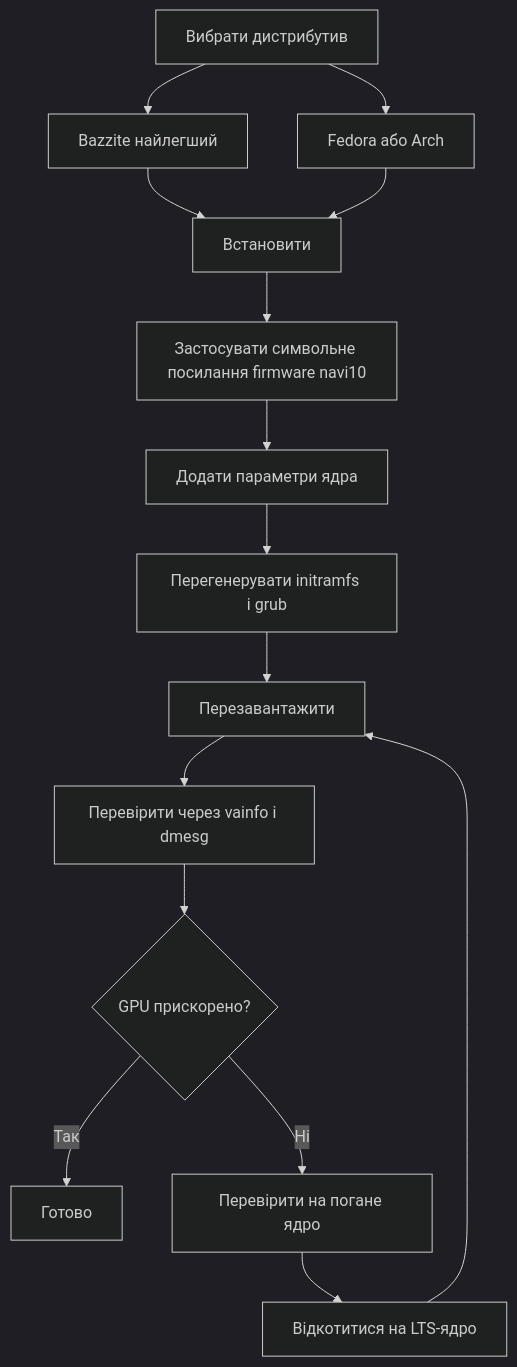
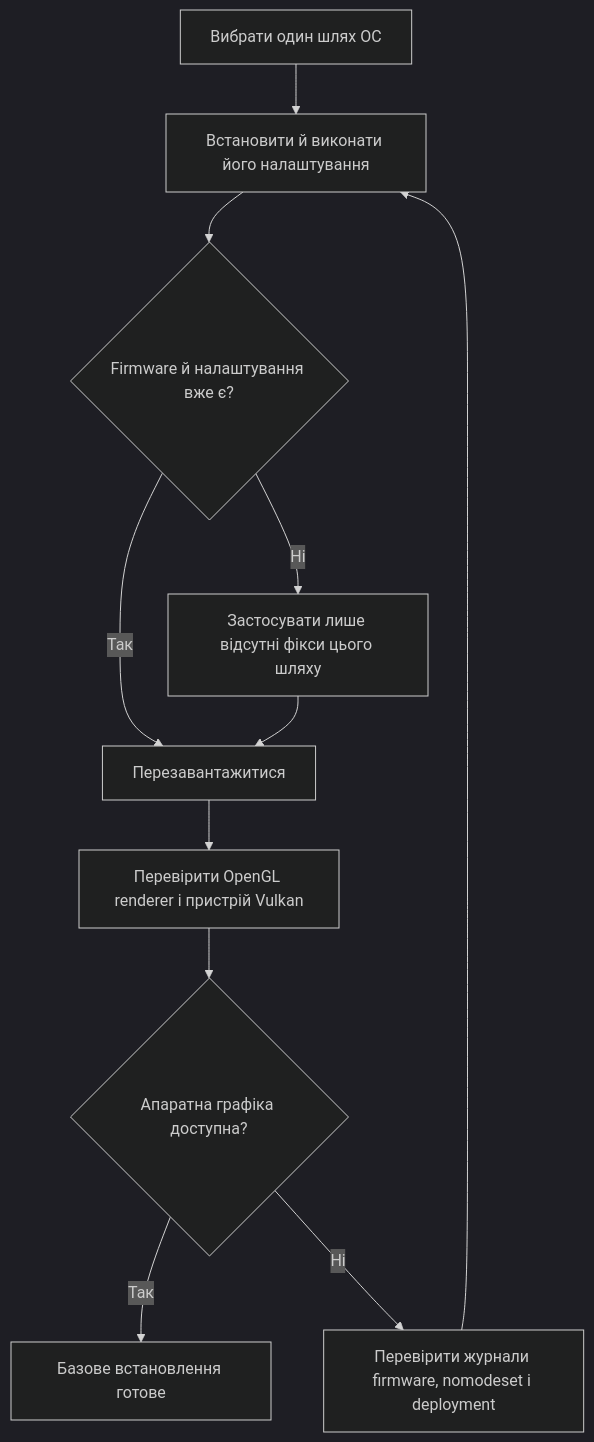
The diagram in docs/uk/06-linux.md (kalpakprod/awesome-bc250), drawn with Mermaid (dark theme) before and after one commit. The commit also changed other lines of this file and 5 other files, not shown here.

````diff
--- a/docs/uk/06-linux.md
+++ b/docs/uk/06-linux.md
@@ -41,17 +41,13 @@
 ```mermaid
 flowchart TD
-    A["Вибрати дистрибутив"] --> B["Bazzite найлегший"]
-    A --> C["Fedora або Arch"]
-    B --> D["Встановити"]
-    C --> D
-    D --> E["Застосувати символьне посилання firmware navi10"]
-    E --> F["Додати параметри ядра"]
-    F --> G["Перегенерувати initramfs і grub"]
-    G --> H["Перезавантажити"]
-    H --> I["Перевірити через vainfo і dmesg"]
-    I --> J{"GPU прискорено?"}
-    J -->|Так| K["Готово"]
-    J -->|Ні| L["Перевірити на погане ядро"]
-    L --> M["Відкотитися на LTS-ядро"]
-    M --> H
+    A["Вибрати один шлях ОС"] --> B["Встановити й виконати його налаштування"]
+    B --> C{"Firmware й налаштування вже є?"}
+    C -->|Так| R["Перезавантажитися"]
+    C -->|Ні| F["Застосувати лише відсутні фікси цього шляху"]
+    F --> R
+    R --> V["Перевірити OpenGL renderer і пристрій Vulkan"]
+    V --> G{"Апаратна графіка доступна?"}
+    G -->|Так| D["Базове встановлення готове"]
+    G -->|Ні| L["Перевірити журнали firmware, nomodeset і deployment"]
+    L --> B
 ```
````
